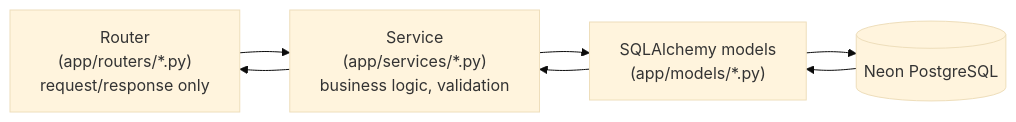
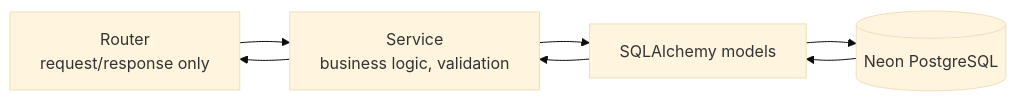
One commit to abhixw/Dayflow changed the second of 3 diagrams in README.md. Above: the diagram before and after it, drawn with Mermaid (base theme). The commit also changed other lines of this file, not shown here.

````diff
--- a/README.md
+++ b/README.md
@@ -76,10 +96,10 @@
 ```mermaid
 flowchart LR
-    Router["Router\n(app/routers/*.py)\nrequest/response only"]
-    Service["Service\n(app/services/*.py)\nbusiness logic, validation"]
-    ORM["SQLAlchemy models\n(app/models/*.py)"]
+    Router["Router\nrequest/response only"]
+    Service["Service\nbusiness logic, validation"]
+    ORM["SQLAlchemy models"]
     DB[("Neon PostgreSQL")]
 
     Router --> Service --> ORM --> DB
     DB --> ORM --> Service --> Router
 ```
````
